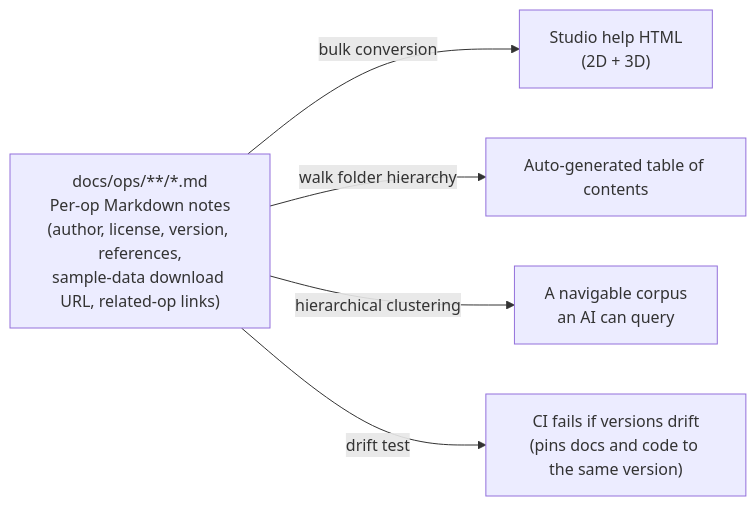
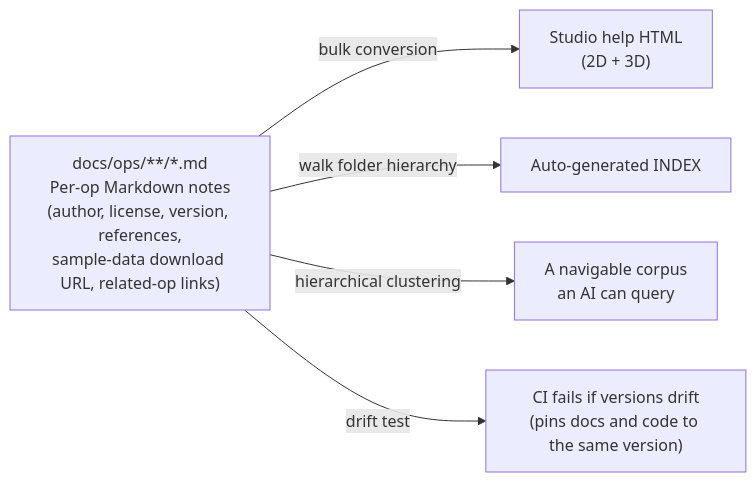
One commit to furuse-kazufumi/fullseye changed the third of 3 diagrams in docs/articles/fullseye_overview_qiita_en.md. Above: the diagram before and after it, drawn with Mermaid. The commit also changed other lines of this file and 1 other file, not shown here.

Commit message:
auto: gen_academic_gallery.py 編集前 (2026-08-30 17:00)

````diff
--- a/docs/articles/fullseye_overview_qiita_en.md
+++ b/docs/articles/fullseye_overview_qiita_en.md
@@ -206,8 +353,8 @@
 ```mermaid
 flowchart LR
     MD["docs/ops/**/*.md<br/>Per-op Markdown notes<br/>(author, license, version, references,<br/>sample-data download URL, related-op links)"]
     MD -->|bulk conversion| HTML["Studio help HTML<br/>(2D + 3D)"]
-    MD -->|walk folder hierarchy| TOC["Auto-generated table of contents"]
+    MD -->|walk folder hierarchy| TOC["Auto-generated INDEX"]
     MD -->|hierarchical clustering| RAD["A navigable corpus<br/>an AI can query"]
     MD -->|drift test| CI["CI fails if versions drift<br/>(pins docs and code to the same version)"]
 ```
````
